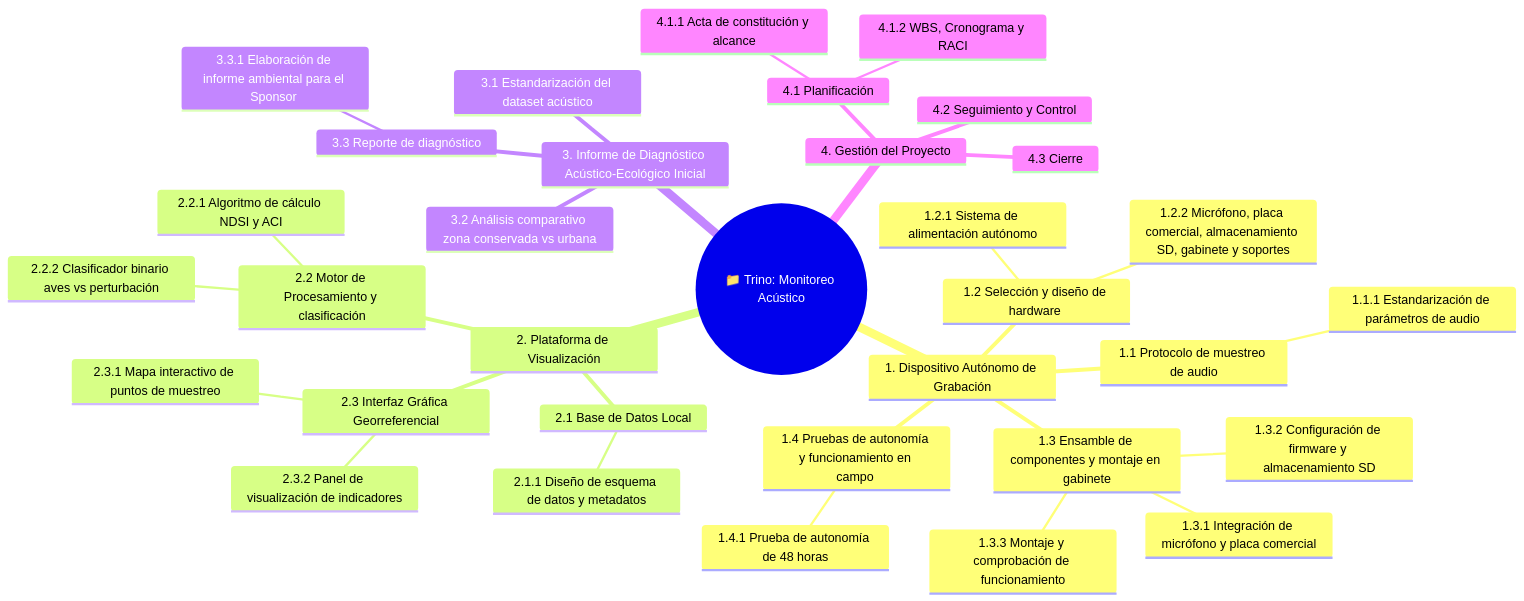
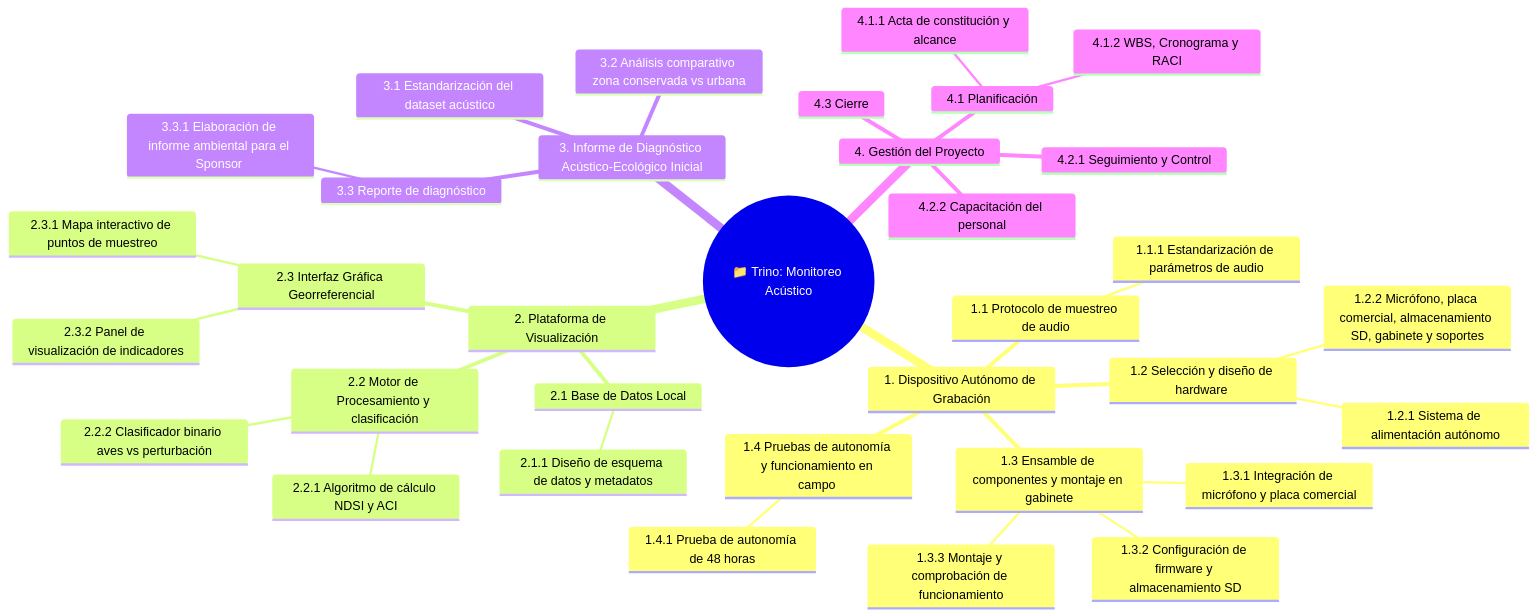
One commit to fatimalunazzz/GestionProyecto changed the diagram in wbs.md. Above: the diagram before and after it, drawn with Mermaid. The commit also changed other lines of this file, not shown here.

Commit message:
Update WBS with new monitoring and training sections
Added new sections for project monitoring and staff training.

````diff
--- a/wbs.md
+++ b/wbs.md
@@ -5,36 +5,37 @@
 ```mermaid
 mindmap
   root(("📁 Trino: Monitoreo Acústico"))
     1. Dispositivo Autónomo de Grabación
       1.1 Protocolo de muestreo de audio
         1.1.1 Estandarización de parámetros de audio
       1.2 Selección y diseño de hardware 
         1.2.1 Sistema de alimentación autónomo
         1.2.2 Micrófono, placa comercial, almacenamiento SD, gabinete y soportes
       1.3 Ensamble de componentes y montaje en gabinete
         1.3.1 Integración de micrófono y placa comercial
         1.3.2 Configuración de firmware y almacenamiento SD
         1.3.3 Montaje y comprobación de funcionamiento
       1.4 Pruebas de autonomía y funcionamiento en campo 
         1.4.1 Prueba de autonomía de 48 horas
     2. Plataforma de Visualización
       2.1 Base de Datos Local
         2.1.1 Diseño de esquema de datos y metadatos
       2.2 Motor de Procesamiento y clasificación
         2.2.1 Algoritmo de cálculo NDSI y ACI
         2.2.2 Clasificador binario aves vs perturbación
       2.3 Interfaz Gráfica Georreferencial
         2.3.1 Mapa interactivo de puntos de muestreo
         2.3.2 Panel de visualización de indicadores
     3. Informe de Diagnóstico Acústico-Ecológico Inicial
       3.1 Estandarización del dataset acústico
       3.2 Análisis comparativo zona conservada vs urbana
       3.3 Reporte de diagnóstico
         3.3.1 Elaboración de informe ambiental para el Sponsor 
     4. Gestión del Proyecto
       4.1 Planificación
         4.1.1 Acta de constitución y alcance
         4.1.2 WBS, Cronograma y RACI
-      4.2 Seguimiento y Control
+      4.2.1 Seguimiento y Control
+      4.2.2 Capacitación del personal
       4.3 Cierre
 ```
````
